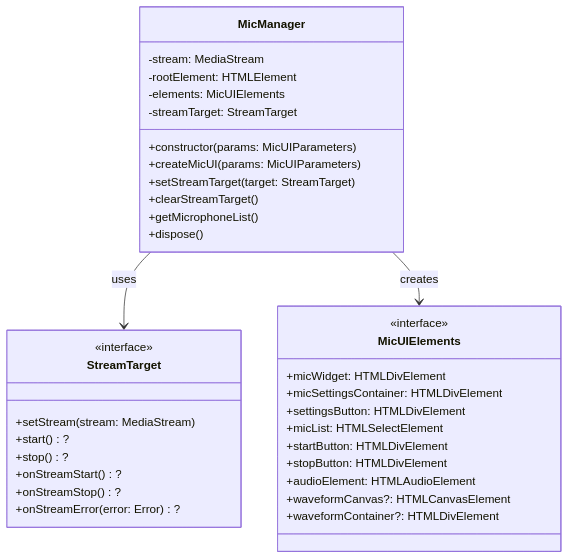
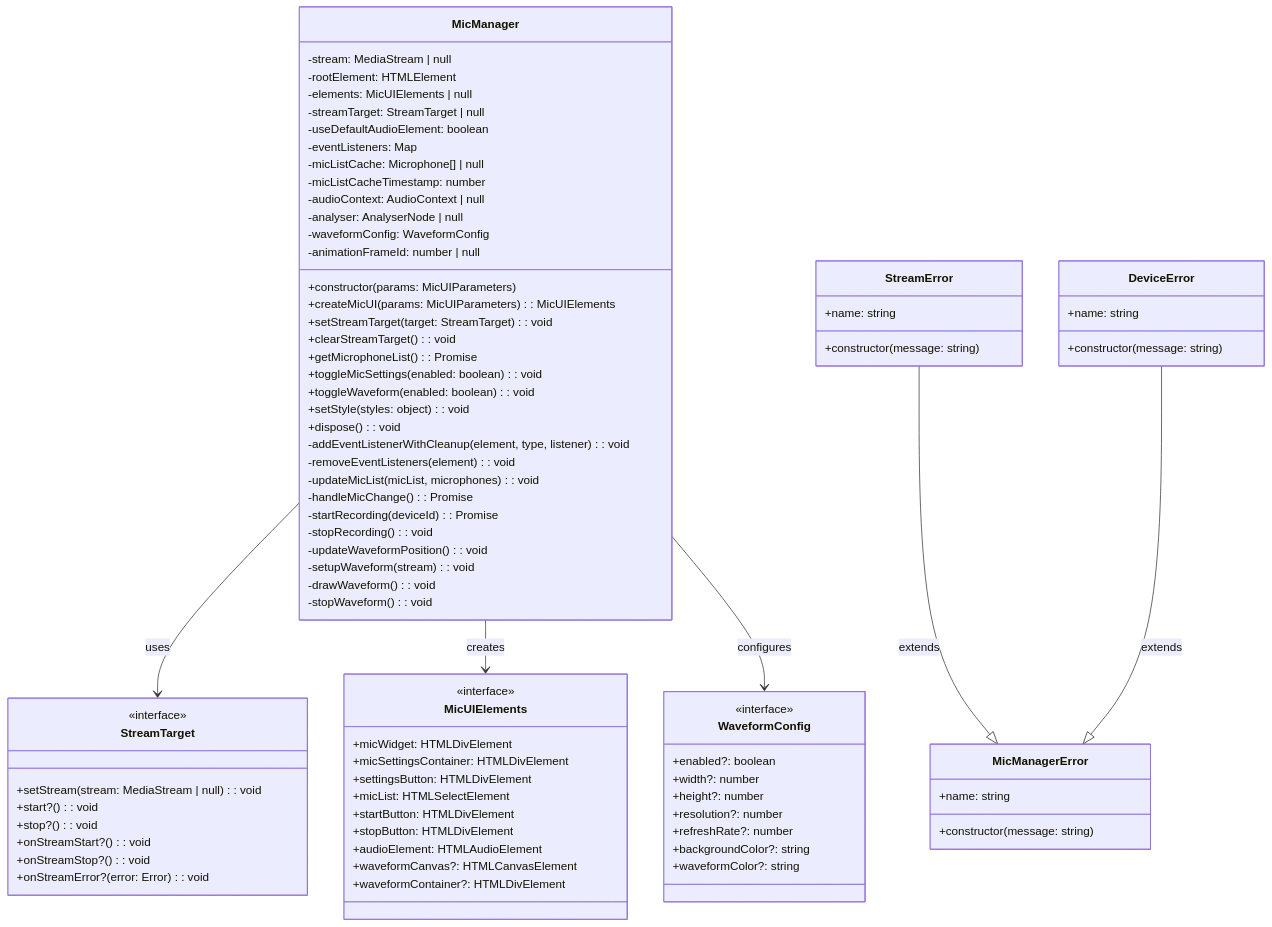
One commit to julianfrank/opensource changed the diagram in packages/mic_manager/README.md. Above: the diagram before and after it, drawn with Mermaid. The commit also changed other lines of this file and 6 other files, not shown here.

````diff
--- a/packages/mic_manager/README.md
+++ b/packages/mic_manager/README.md
@@ -87,26 +138,47 @@
 ```mermaid
 classDiagram
     class MicManager {
-        -stream: MediaStream
+        -stream: MediaStream | null
         -rootElement: HTMLElement
-        -elements: MicUIElements
-        -streamTarget: StreamTarget
+        -elements: MicUIElements | null
+        -streamTarget: StreamTarget | null
+        -useDefaultAudioElement: boolean
+        -eventListeners: Map
+        -micListCache: Microphone[] | null
+        -micListCacheTimestamp: number
+        -audioContext: AudioContext | null
+        -analyser: AnalyserNode | null
+        -waveformConfig: WaveformConfig
+        -animationFrameId: number | null
         +constructor(params: MicUIParameters)
-        +createMicUI(params: MicUIParameters)
-        +setStreamTarget(target: StreamTarget)
-        +clearStreamTarget()
-        +getMicrophoneList()
-        +dispose()
+        +createMicUI(params: MicUIParameters): MicUIElements
+        +setStreamTarget(target: StreamTarget): void
+        +clearStreamTarget(): void
+        +getMicrophoneList(): Promise<Microphone[]>
+        +toggleMicSettings(enabled: boolean): void
+        +toggleWaveform(enabled: boolean): void
+        +setStyle(styles: object): void
+        +dispose(): void
+        -addEventListenerWithCleanup(element, type, listener): void
+        -removeEventListeners(element): void
+        -updateMicList(micList, microphones): void
+        -handleMicChange(): Promise<void>
+        -startRecording(deviceId): Promise<void>
+        -stopRecording(): void
+        -updateWaveformPosition(): void
+        -setupWaveform(stream): void
+        -drawWaveform(): void
+        -stopWaveform(): void
     }
 
     class StreamTarget {
         <<interface>>
-        +setStream(stream: MediaStream)
-        +start()?
-        +stop()?
-        +onStreamStart()?
-        +onStreamStop()?
-        +onStreamError(error: Error)?
+        +setStream(stream: MediaStream | null): void
+        +start?(): void
+        +stop?(): void
+        +onStreamStart?(): void
+        +onStreamStop?(): void
+        +onStreamError?(error: Error): void
     }
 
     class MicUIElements {
@@ -122,6 +194,35 @@
         +waveformContainer?: HTMLDivElement
     }
 
+    class WaveformConfig {
+        <<interface>>
+        +enabled?: boolean
+        +width?: number
+        +height?: number
+        +resolution?: number
+        +refreshRate?: number
+        +backgroundColor?: string
+        +waveformColor?: string
+    }
+
+    class MicManagerError {
+        +name: string
+        +constructor(message: string)
+    }
+
+    class StreamError {
+        +name: string
+        +constructor(message: string)
+    }
+
+    class DeviceError {
+        +name: string
+        +constructor(message: string)
+    }
+
     MicManager --> StreamTarget : uses
     MicManager --> MicUIElements : creates
+    MicManager --> WaveformConfig : configures
+    StreamError --|> MicManagerError : extends
+    DeviceError --|> MicManagerError : extends
 ```
````
